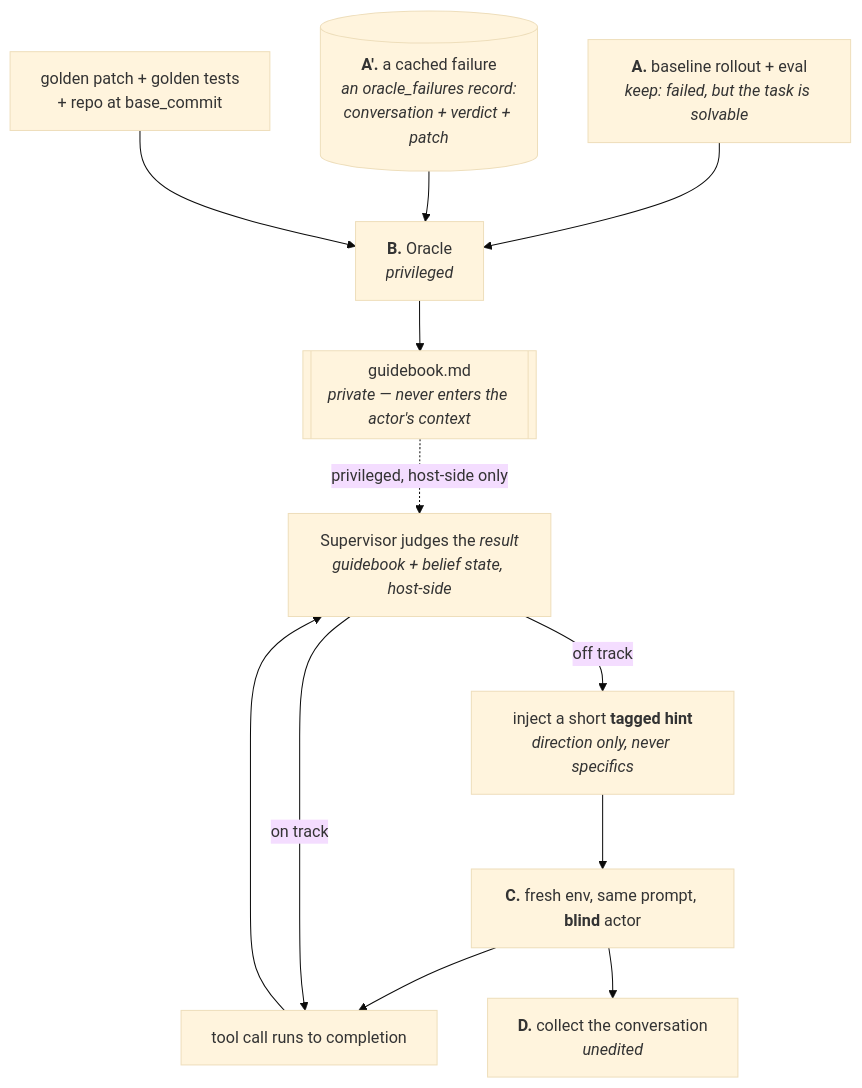
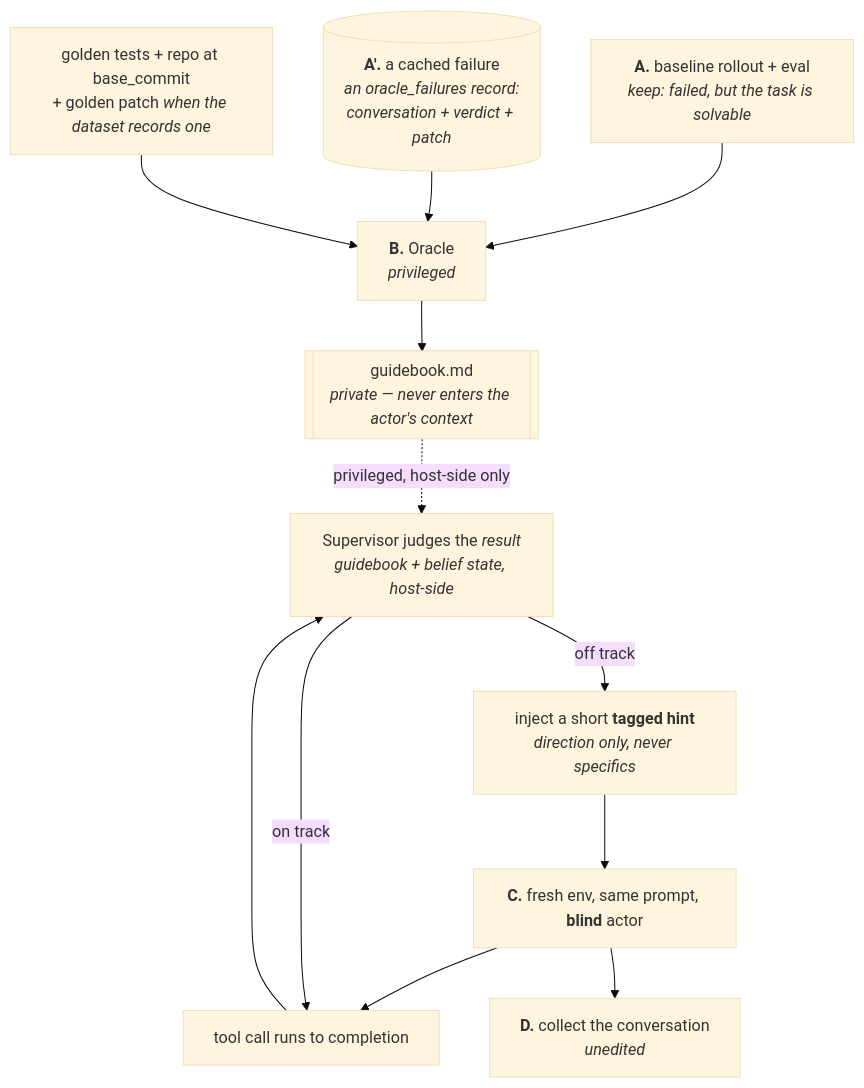
The diagram in docs/trace-synthesis/spec.md (Luolc/swe-lab), drawn with Mermaid (base theme) before and after one commit. The commit also changed other lines of this file and 10 other files, not shown here.

First line of the commit message:
feat(trace-synthesis): OracleAnalysisTask, the guidebook schema and the oracle_analysis workflow (task 04) (#276)

````diff
--- a/docs/trace-synthesis/spec.md
+++ b/docs/trace-synthesis/spec.md
@@ -75,23 +75,23 @@
 ```mermaid
 flowchart TD
   A["<b>A.</b> baseline rollout + eval<br/><i>keep: failed, but the task is solvable</i>"]
   F[("<b>A′.</b> a cached failure<br/><i>an oracle_failures record:<br/>conversation + verdict + patch</i>")]
-  G["golden patch + golden tests<br/>+ repo at base_commit"]
+  G["golden tests + repo at base_commit<br/>+ golden patch <i>when the dataset records one</i>"]
   B["<b>B.</b> Oracle<br/><i>privileged</i>"]
   GB[["guidebook.md<br/><i>private — never enters the actor's context</i>"]]
   C["<b>C.</b> fresh env, same prompt, <b>blind</b> actor"]
   T["tool call runs to completion"]
   S["Supervisor judges the <i>result</i><br/><i>guidebook + belief state, host-side</i>"]
   H["inject a short <b>tagged hint</b><br/><i>direction only, never specifics</i>"]
   D["<b>D.</b> collect the conversation<br/><i>unedited</i>"]
 
   A --> B
   F --> B
   G --> B
   B --> GB
   GB -.privileged, host-side only.-> S
   C --> T --> S
   S -->|on track| T
   S -->|off track| H --> C
   C --> D
 ```
````
